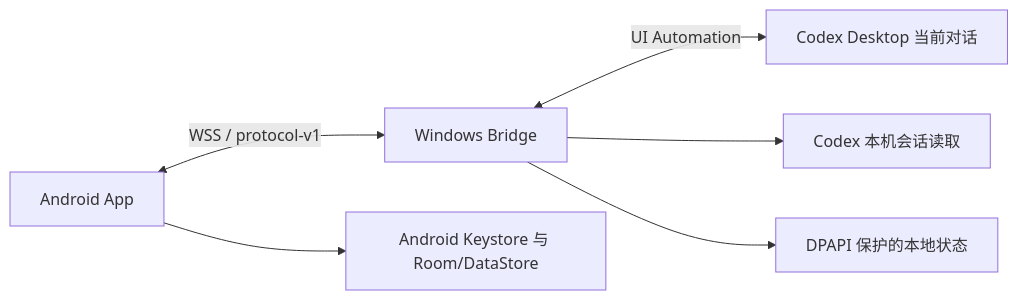
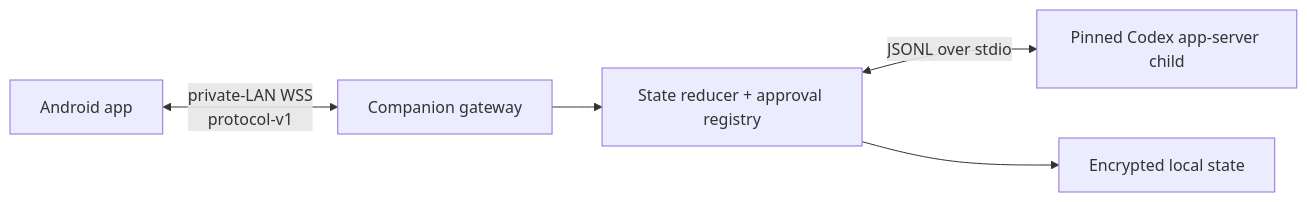
Before and after one commit to yufeiyufei888/codex-micro-mobile-bridge: the diagram in docs/architecture.md, drawn with Mermaid. The commit also changed other lines of this file and 29 other files, not shown here.

Commit message:
fix: release Codex Micro v1.0.6 desktop sync recovery

````diff
--- a/docs/architecture.md
+++ b/docs/architecture.md
@@ -7,8 +7,7 @@
 ```mermaid
 flowchart LR
-    A["Android App"] <-->|"WSS / protocol-v1"| B["Windows Bridge"]
-    B <-->|"UI Automation"| C["Codex Desktop 当前对话"]
-    B --> D["Codex 本机会话读取"]
-    B --> E["DPAPI 保护的本地状态"]
-    A --> F["Android Keystore 与 Room/DataStore"]
+  A["Android app"] <-->|"private-LAN WSS\nprotocol-v1"| G["Companion gateway"]
+  G --> S["State reducer + approval registry"]
+  S <-->|"JSONL over stdio"| C["Pinned Codex app-server child"]
+  S --> D["Encrypted local state"]
 ```
````
